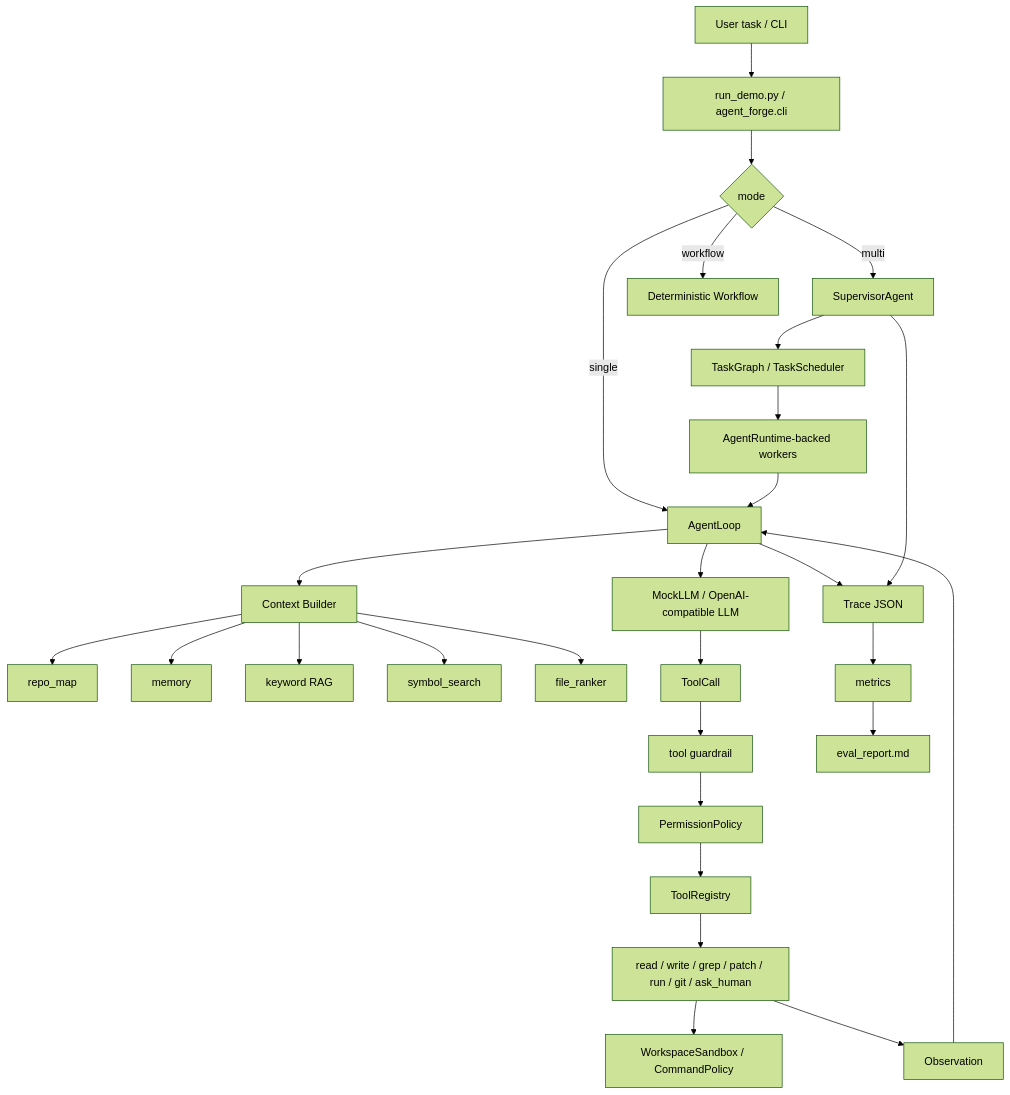
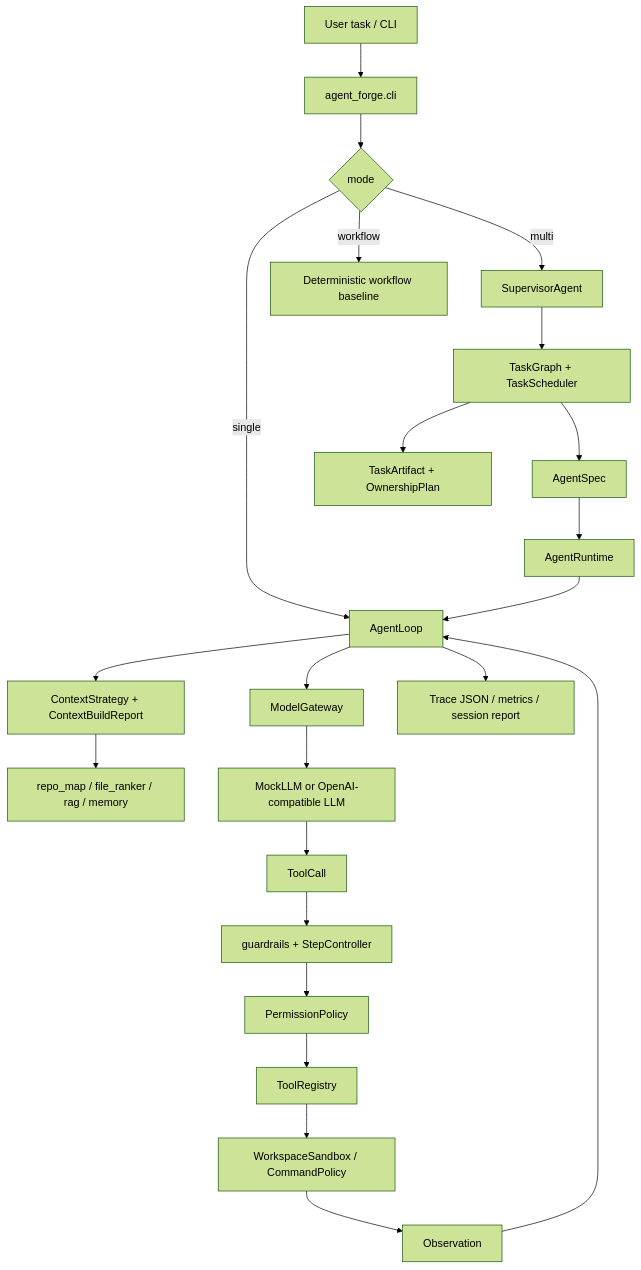
The diagram in agent-forge/docs/study-pack/01-code-map-and-architecture.md (semi-hollow/NanoHarness), drawn with Mermaid (forest theme) before and after one commit. The commit also changed other lines of this file and 37 other files, not shown here.

````diff
--- a/agent-forge/docs/study-pack/01-code-map-and-architecture.md
+++ b/agent-forge/docs/study-pack/01-code-map-and-architecture.md
@@ -11,33 +9,27 @@
 ```mermaid
 flowchart TD
-    User["User task / CLI"] --> CLI["run_demo.py / agent_forge.cli"]
-    CLI --> Mode{"mode"}
-    Mode -->|single| Loop["AgentLoop"]
-    Mode -->|multi| Supervisor["SupervisorAgent"]
-    Mode -->|workflow| Workflow["Deterministic Workflow"]
-    Supervisor --> Graph["TaskGraph / TaskScheduler"]
-    Graph --> RuntimeWorkers["AgentRuntime-backed workers"]
-    RuntimeWorkers --> Loop
+    U["User task / CLI"] --> C["agent_forge.cli"]
+    C --> M{"mode"}
+    M -->|single| L["AgentLoop"]
+    M -->|multi| S["SupervisorAgent"]
+    M -->|workflow| W["Deterministic workflow baseline"]
 
-    Loop --> Context["Context Builder"]
-    Context --> RepoMap["repo_map"]
-    Context --> Memory["memory"]
-    Context --> RAG["keyword RAG"]
-    Context --> Symbol["symbol_search"]
-    Context --> Ranker["file_ranker"]
+    L --> CE["ContextStrategy + ContextBuildReport"]
+    CE --> RM["repo_map / file_ranker / rag / memory"]
+    L --> MG["ModelGateway"]
+    MG --> MC["MockLLM or OpenAI-compatible LLM"]
+    MC --> TC["ToolCall"]
+    TC --> GC["guardrails + StepController"]
+    GC --> PP["PermissionPolicy"]
+    PP --> TR["ToolRegistry"]
+    TR --> SB["WorkspaceSandbox / CommandPolicy"]
+    SB --> OB["Observation"]
+    OB --> L
+    L --> T["Trace JSON / metrics / session report"]
 
-    Loop --> LLM["MockLLM / OpenAI-compatible LLM"]
-    LLM --> ToolCall["ToolCall"]
-    ToolCall --> Guardrail["tool guardrail"]
-    Guardrail --> Permission["PermissionPolicy"]
-    Permission --> Registry["ToolRegistry"]
-    Registry --> Tools["read / write / grep / patch / run / git / ask_human"]
-    Tools --> Sandbox["WorkspaceSandbox / CommandPolicy"]
-    Tools --> Observation["Observation"]
-    Observation --> Loop
-
-    Loop --> Trace["Trace JSON"]
-    Supervisor --> Trace
-    Trace --> Metrics["metrics"]
-    Metrics --> Eval["eval_report.md"]
+    S --> TG["TaskGraph + TaskScheduler"]
+    TG --> AS["AgentSpec"]
+    AS --> AR["AgentRuntime"]
+    AR --> L
+    TG --> TA["TaskArtifact + OwnershipPlan"]
 ```
````
